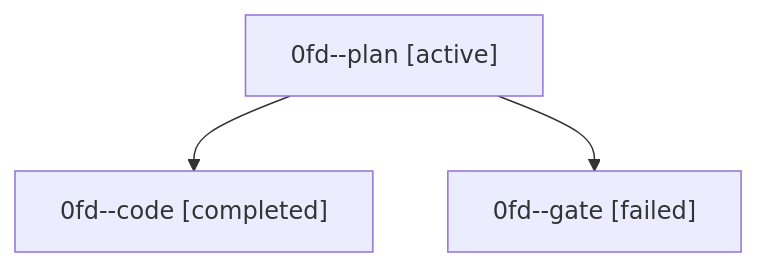
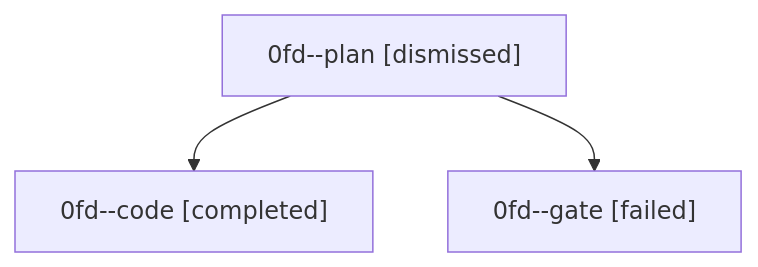
Before and after one commit to sase-org/sase--agents: the diagram in sessions/bbugyi200.athena.0fd.md, drawn with Mermaid. The commit also changed other lines of this file and 28 other files, not shown here.

````diff
--- a/sessions/bbugyi200.athena.0fd.md
+++ b/sessions/bbugyi200.athena.0fd.md
@@ -9,8 +9,8 @@
 ```mermaid
 flowchart TD
-  n0["0fd--plan [active]"]
+  n0["0fd--plan [dismissed]"]
   n1["0fd--code [completed]"]
   n0 --> n1
   n2["0fd--gate [failed]"]
   n0 --> n2
 ```
````
